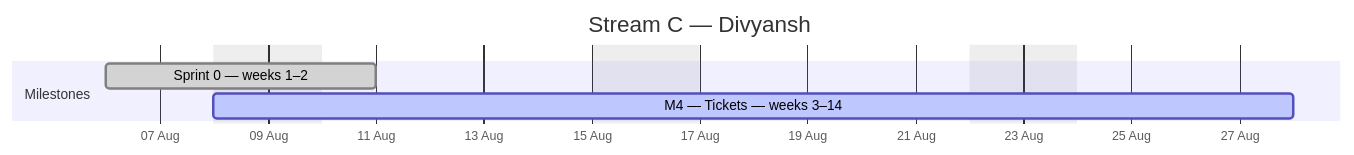
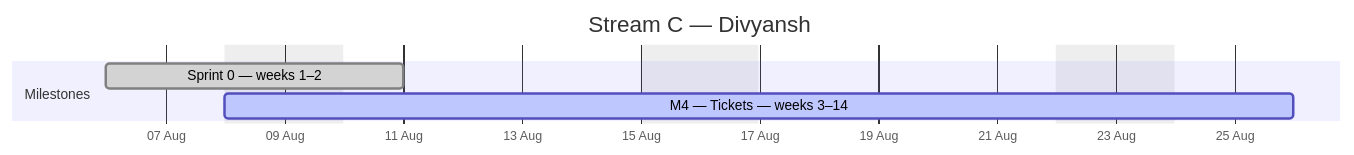
The third of 4 diagrams in docs/plan/GANTT.md (debashisedunext/EduTrack), drawn with Mermaid before and after one commit. The commit also changed other lines of this file and 3 other files, not shown here.

````diff
--- a/docs/plan/GANTT.md
+++ b/docs/plan/GANTT.md
@@ -117,10 +117,10 @@
 ```mermaid
 gantt
     dateFormat YYYY-MM-DD
     axisFormat %d %b
     title Stream C — Divyansh
     excludes weekends
     section Milestones
     Sprint 0 — weeks 1–2 :done, c0, 2026-08-06, 3d
-    M4 — Tickets — weeks 3–14 :active, c1, 2026-08-08, 15d
+    M4 — Tickets — weeks 3–14 :active, c1, 2026-08-08, 13d
 ```
````
